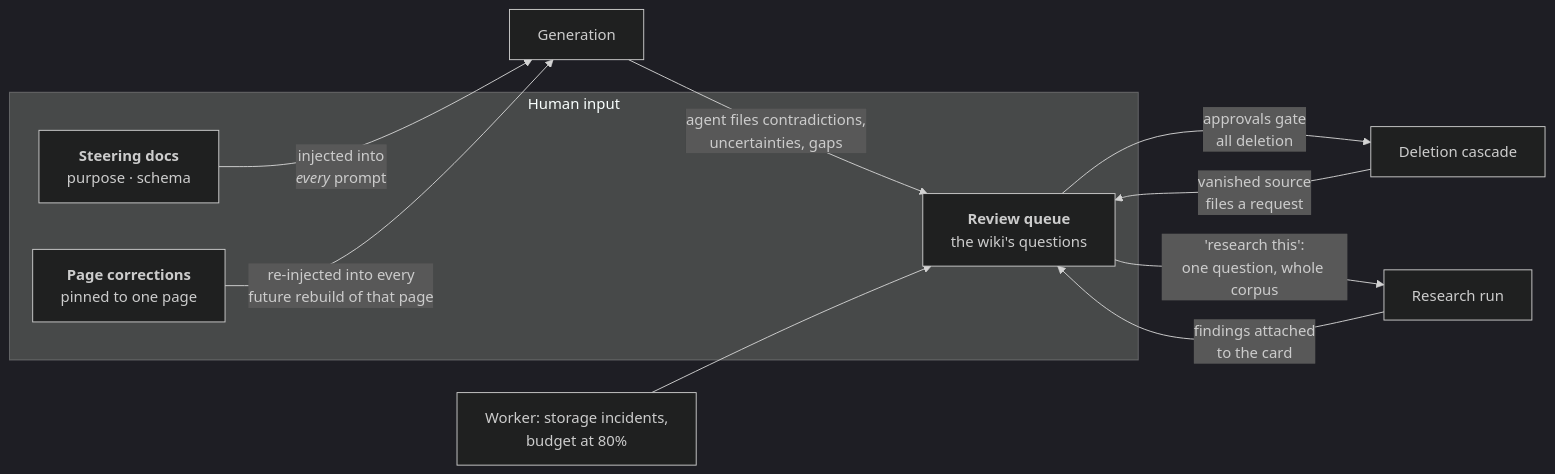
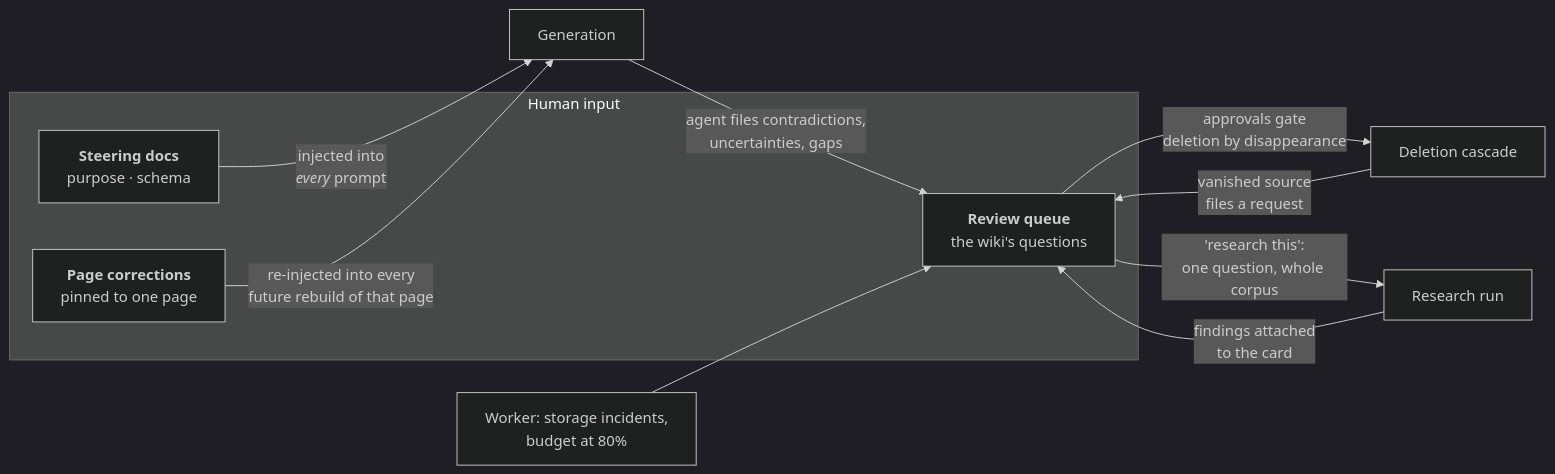
One commit to daiwa-zou/kiln changed diagram 12 of 16 in docs/architecture.md. Above: the diagram before and after it, drawn with Mermaid (dark theme). The commit also changed other lines of this file and 19 other files, not shown here.

````diff
--- a/docs/architecture.md
+++ b/docs/architecture.md
@@ -596,18 +620,18 @@
 ```mermaid
 flowchart LR
     subgraph inputs["Human input"]
         S["<b>Steering docs</b><br/>purpose · schema"]
         C["<b>Page corrections</b><br/>pinned to one page"]
         R["<b>Review queue</b><br/>the wiki's questions"]
     end
 
     S -->|"injected into<br/><i>every</i> prompt"| Gen["Generation"]
     C -->|"re-injected into every<br/>future rebuild of that page"| Gen
-    R -->|"approvals gate<br/>all deletion"| Del["Deletion cascade"]
+    R -->|"approvals gate<br/>deletion by disappearance"| Del["Deletion cascade"]
 
     Gen -->|"agent files contradictions,<br/>uncertainties, gaps"| R
     Del -->|"vanished source<br/>files a request"| R
     Sys["Worker: storage incidents,<br/>budget at 80%"] --> R
     R -->|"'research this':<br/>one question, whole corpus"| Res["Research run"]
     Res -->|"findings attached<br/>to the card"| R
 ```
````
